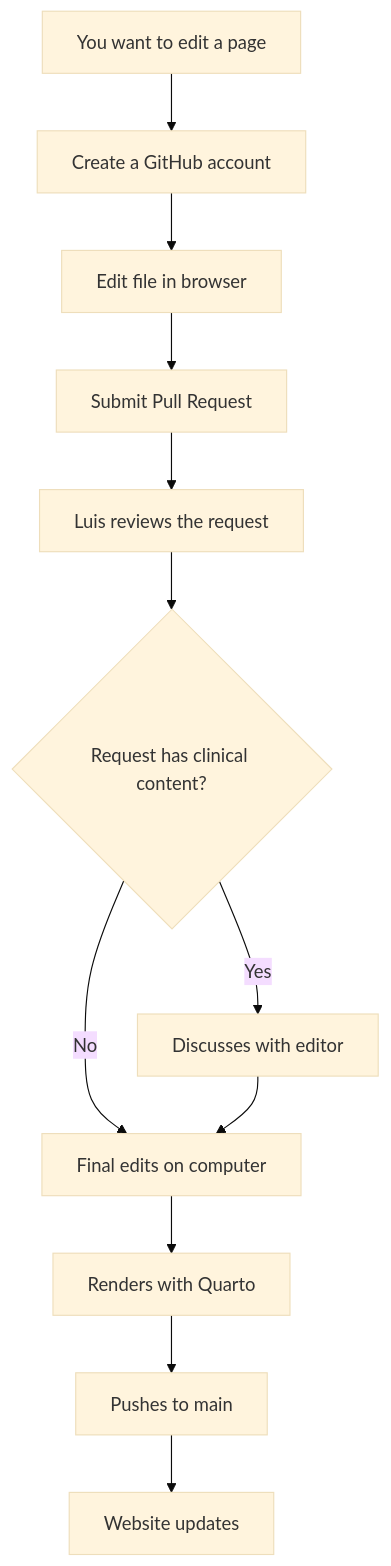
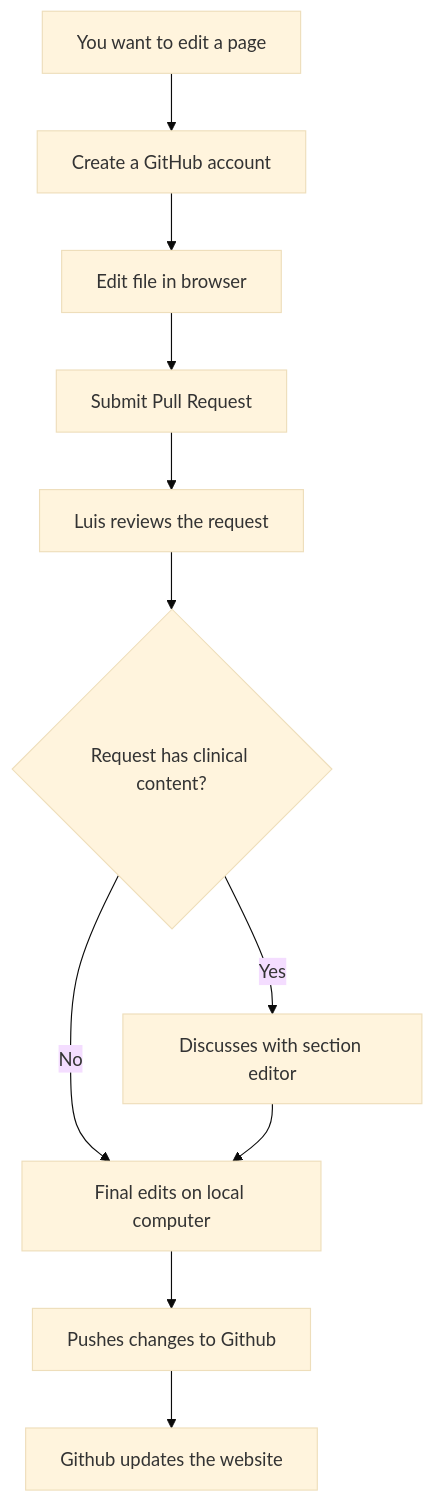
Before and after one commit to ufneurology/handbook: the diagram in README.md, drawn with Mermaid (base theme).

````diff
--- a/README.md
+++ b/README.md
@@ -59,14 +59,13 @@
 ```mermaid
 flowchart TD
     A[You want to edit a page] --> B[Create a GitHub account]
     B --> C[Edit file in browser]
     C --> D[Submit Pull Request]
     D --> E[Luis reviews the request]
     E --> F{Request has clinical content?}
-    F -->|Yes| G[Discusses with editor]
-    F -->|No| H[Final edits on computer]
+    F -->|Yes| G[Discusses with section editor]
+    F -->|No| H[Final edits on local computer]
     G --> H
-    H --> I[Renders with Quarto]
-    I --> J[Pushes to main]
-    J --> K[Website updates]
+    H --> I[Pushes changes to Github]
+    I --> J[Github updates the website]
 ```
````
